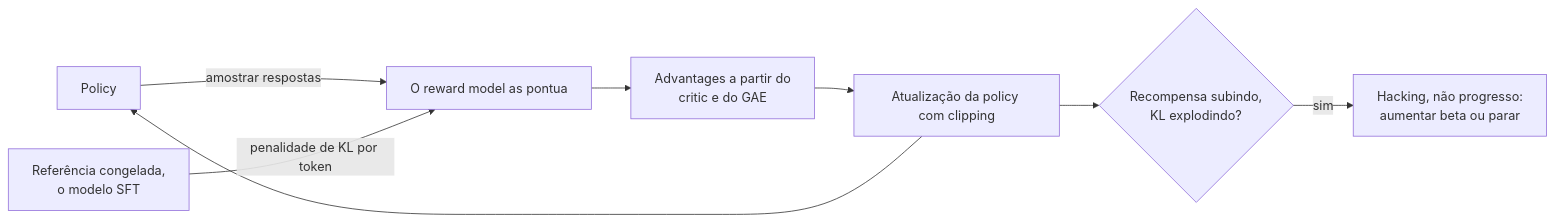
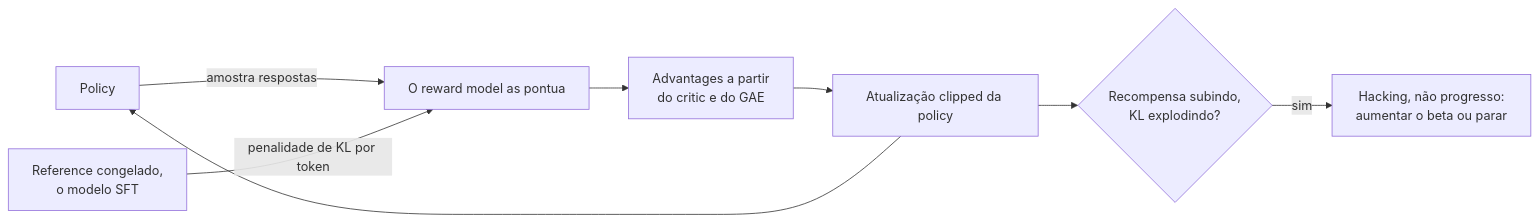
Diagram 12 of 29 in 05-fine-tuning-and-alignment/questions.pt-BR.md (andrevberaldo/AI-Engineer-Interview-Questions), drawn with Mermaid before and after one commit. The commit also changed other lines of this file and 1 other file, not shown here.

````diff
--- a/05-fine-tuning-and-alignment/questions.pt-BR.md
+++ b/05-fine-tuning-and-alignment/questions.pt-BR.md
@@ -537,10 +537,10 @@
 ```mermaid
 flowchart LR
-    A["Policy"] -->|"amostrar respostas"| B["O reward model as pontua"]
-    B --> C["Advantages a partir do<br/>critic e do GAE"]
-    C --> D["Atualização da policy com clipping"]
+    A["Policy"] -->|"amostra respostas"| B["O reward model as pontua"]
+    B --> C["Advantages a partir<br/>do critic e do GAE"]
+    C --> D["Atualização clipped da policy"]
     D --> A
-    E["Referência congelada,<br/>o modelo SFT"] -->|"penalidade de KL por token"| B
+    E["Reference congelado,<br/>o modelo SFT"] -->|"penalidade de KL por token"| B
     D --> F{"Recompensa subindo,<br/>KL explodindo?"}
-    F -->|"sim"| G["Hacking, não progresso:<br/>aumentar beta ou parar"]
+    F -->|"sim"| G["Hacking, não progresso:<br/>aumentar o beta ou parar"]
 ```
````
